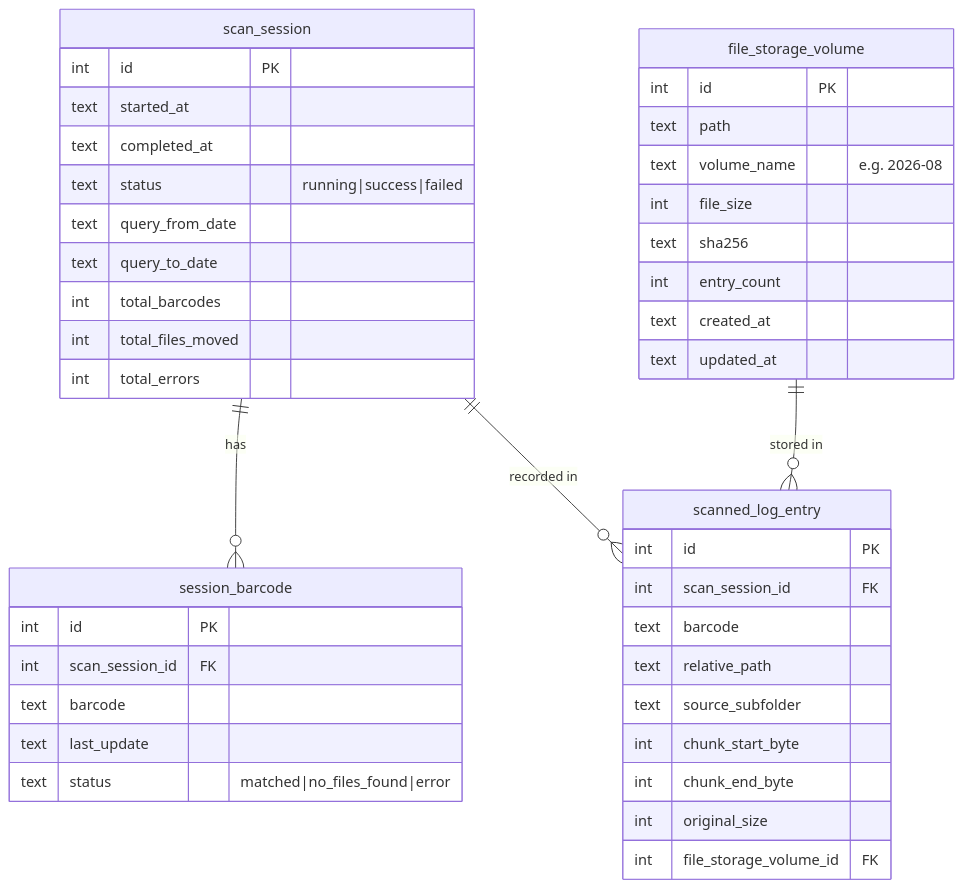
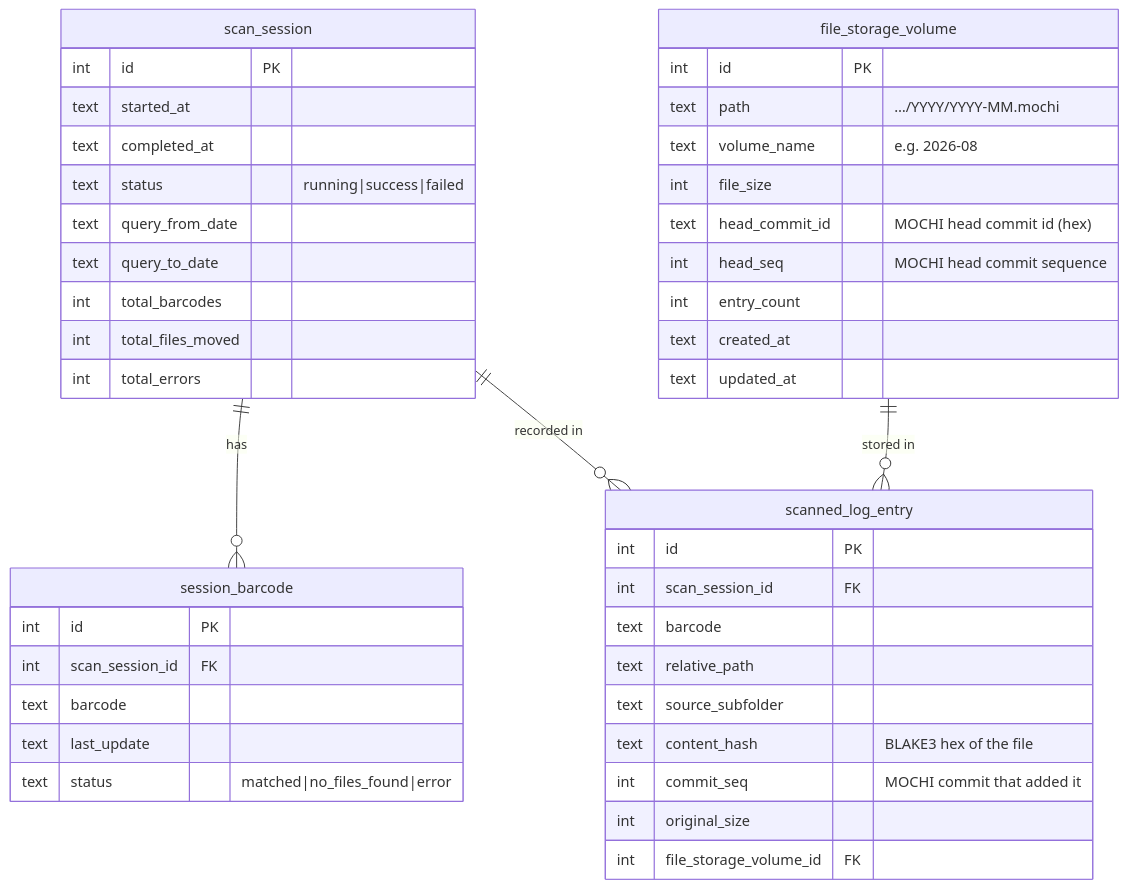
The third of 3 diagrams in README.md (Sepiolina/Finisar_move_log_files), drawn with Mermaid before and after one commit. The commit also changed other lines of this file and 25 other files, not shown here.

First line of the commit message:
Replace tar.zst chunk storage with MOCHI archives (#1)

````diff
--- a/README.md
+++ b/README.md
@@ -168,46 +233,47 @@
 ```mermaid
 erDiagram
     scan_session ||--o{ session_barcode : "has"
     scan_session ||--o{ scanned_log_entry : "recorded in"
     file_storage_volume ||--o{ scanned_log_entry : "stored in"
 
     scan_session {
         int id PK
         text started_at
         text completed_at
         text status "running|success|failed"
         text query_from_date
         text query_to_date
         int total_barcodes
         int total_files_moved
         int total_errors
     }
     session_barcode {
         int id PK
         int scan_session_id FK
         text barcode
         text last_update
         text status "matched|no_files_found|error"
     }
     file_storage_volume {
         int id PK
-        text path
+        text path "…/YYYY/YYYY-MM.mochi"
         text volume_name "e.g. 2026-08"
         int file_size
-        text sha256
+        text head_commit_id "MOCHI head commit id (hex)"
+        int head_seq "MOCHI head commit sequence"
         int entry_count
         text created_at
         text updated_at
     }
     scanned_log_entry {
         int id PK
         int scan_session_id FK
         text barcode
         text relative_path
         text source_subfolder
-        int chunk_start_byte
-        int chunk_end_byte
+        text content_hash "BLAKE3 hex of the file"
+        int commit_seq "MOCHI commit that added it"
         int original_size
         int file_storage_volume_id FK
     }
 ```
````
